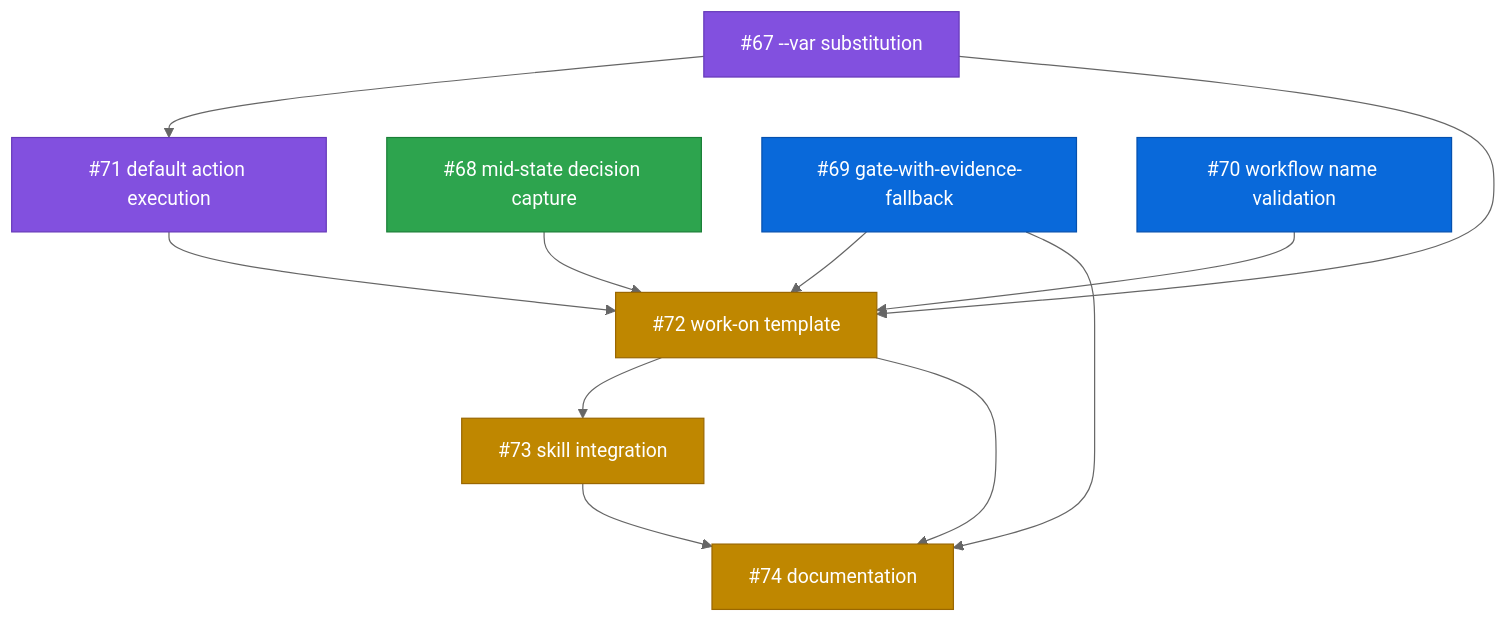
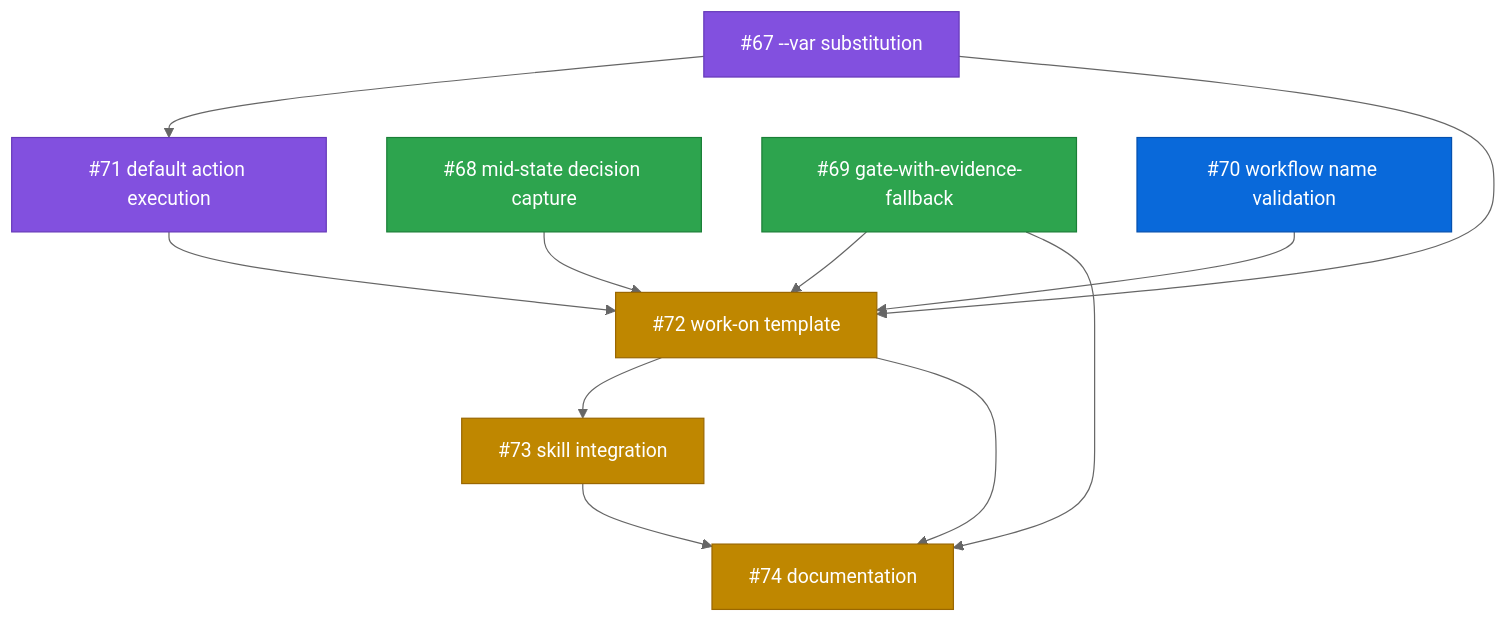
The diagram in docs/plans/PLAN-shirabe-work-on-template.md (tsukumogami/koto), drawn with Mermaid (neutral theme) before and after one commit. The commit also changed other lines of this file, not shown here.

Commit message:
docs(plan): mark #69 (gate-with-evidence-fallback) as done

````diff
--- a/docs/plans/PLAN-shirabe-work-on-template.md
+++ b/docs/plans/PLAN-shirabe-work-on-template.md
@@ -45,38 +45,38 @@
 ```mermaid
 graph TD
     I67["#67 --var substitution"]
     I71["#71 default action execution"]
     I68["#68 mid-state decision capture"]
     I69["#69 gate-with-evidence-fallback"]
     I70["#70 workflow name validation"]
     I72["#72 work-on template"]
     I73["#73 skill integration"]
     I74["#74 documentation"]
 
     I67 --> I71
     I67 --> I72
     I71 --> I72
     I68 --> I72
     I69 --> I72
     I70 --> I72
     I69 --> I74
     I72 --> I73
     I72 --> I74
     I73 --> I74
 
     classDef done fill:#2da44e,stroke:#1a7f37,color:white
     classDef ready fill:#0969da,stroke:#0550ae,color:white
     classDef blocked fill:#bf8700,stroke:#9a6700,color:white
     classDef needsDesign fill:#8250df,stroke:#6639ba,color:white
     classDef needsPrd fill:#cf222e,stroke:#a40e26,color:white
     classDef needsSpike fill:#bf3989,stroke:#99286e,color:white
     classDef needsDecision fill:#e16f24,stroke:#b35900,color:white
     classDef tracksDesign fill:#8250df,stroke:#6639ba,color:white,stroke-dasharray: 5 5
     classDef tracksPlan fill:#0969da,stroke:#0550ae,color:white,stroke-dasharray: 5 5
 
-    class I68 done
+    class I68,I69 done
     class I67 needsDesign
     class I71 needsDesign
-    class I69,I70 ready
+    class I70 ready
     class I72,I73,I74 blocked
 ```
````
